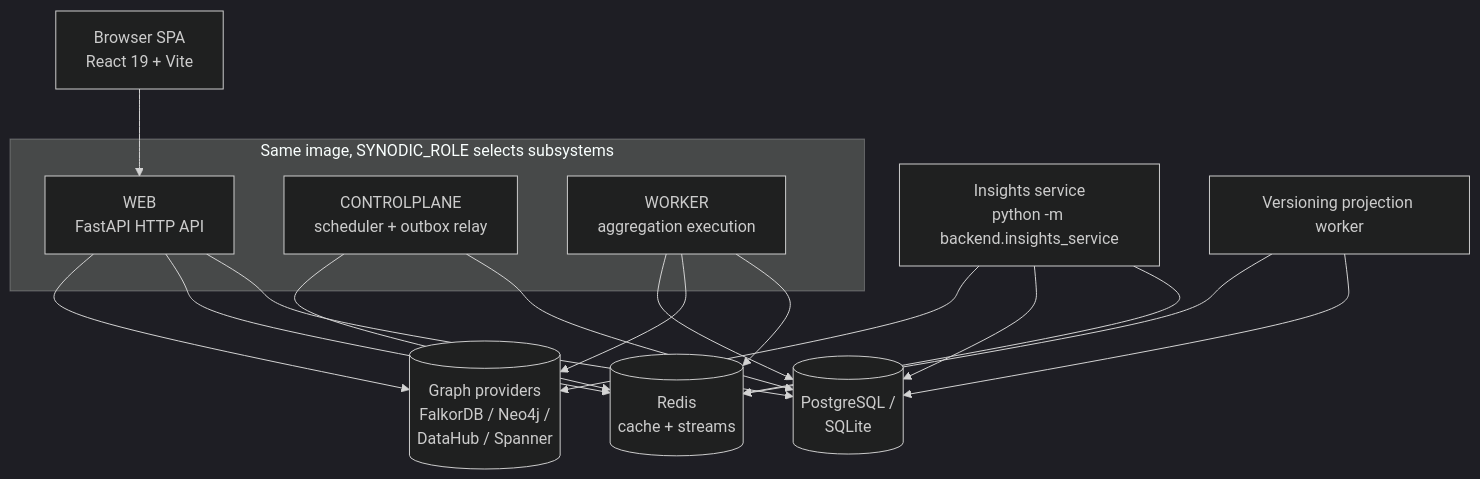
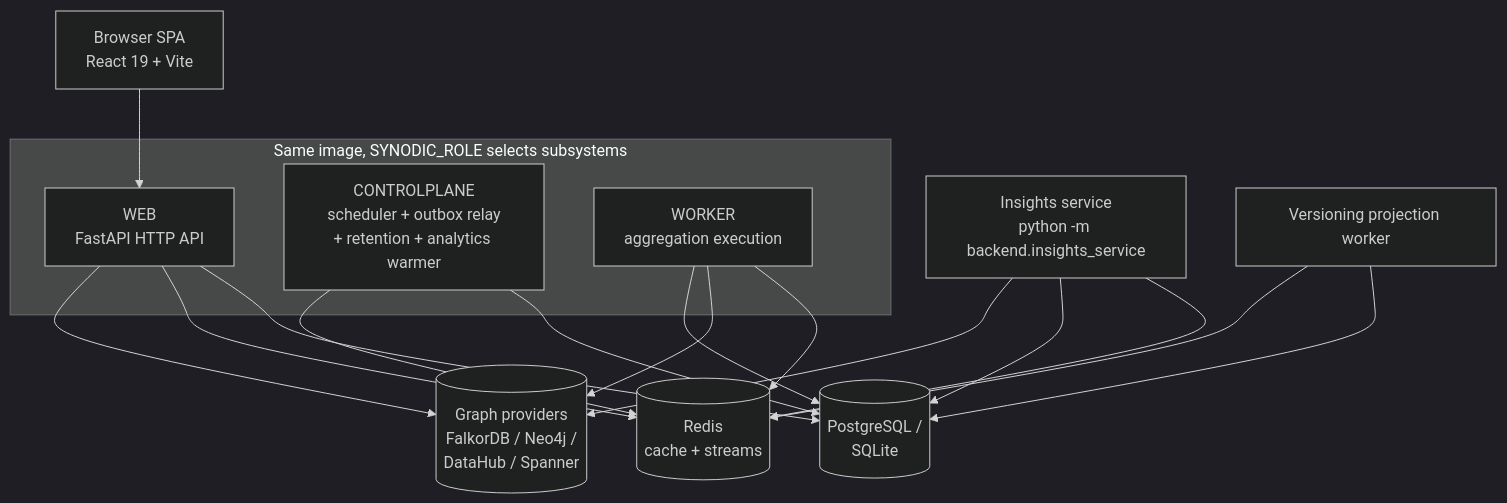
Before and after one commit to rkrumins/dataviz: the diagram in docs/services/OVERVIEW.md, drawn with Mermaid (dark theme). The commit also changed other lines of this file and 5 other files, not shown here.

````diff
--- a/docs/services/OVERVIEW.md
+++ b/docs/services/OVERVIEW.md
@@ -67,32 +67,32 @@
 ```mermaid
 flowchart TD
     UI[Browser SPA<br/>React 19 + Vite]
 
     subgraph Roles[Same image, SYNODIC_ROLE selects subsystems]
         WEB[WEB<br/>FastAPI HTTP API]
-        CP[CONTROLPLANE<br/>scheduler + outbox relay]
+        CP[CONTROLPLANE<br/>scheduler + outbox relay<br/>+ retention + analytics warmer]
         WK[WORKER<br/>aggregation execution]
     end
 
     INS[Insights service<br/>python -m backend.insights_service]
     VER[Versioning projection worker]
 
     PG[(PostgreSQL /<br/>SQLite)]
     RD[(Redis<br/>cache + streams)]
     GP[(Graph providers<br/>FalkorDB / Neo4j /<br/>DataHub / Spanner)]
 
     UI --> WEB
     WEB --> PG
     WEB --> RD
     WEB --> GP
     CP --> PG
     CP --> RD
     WK --> RD
     WK --> GP
     WK --> PG
     INS --> RD
     INS --> PG
     INS --> GP
     VER --> PG
     VER --> RD
 ```
````
